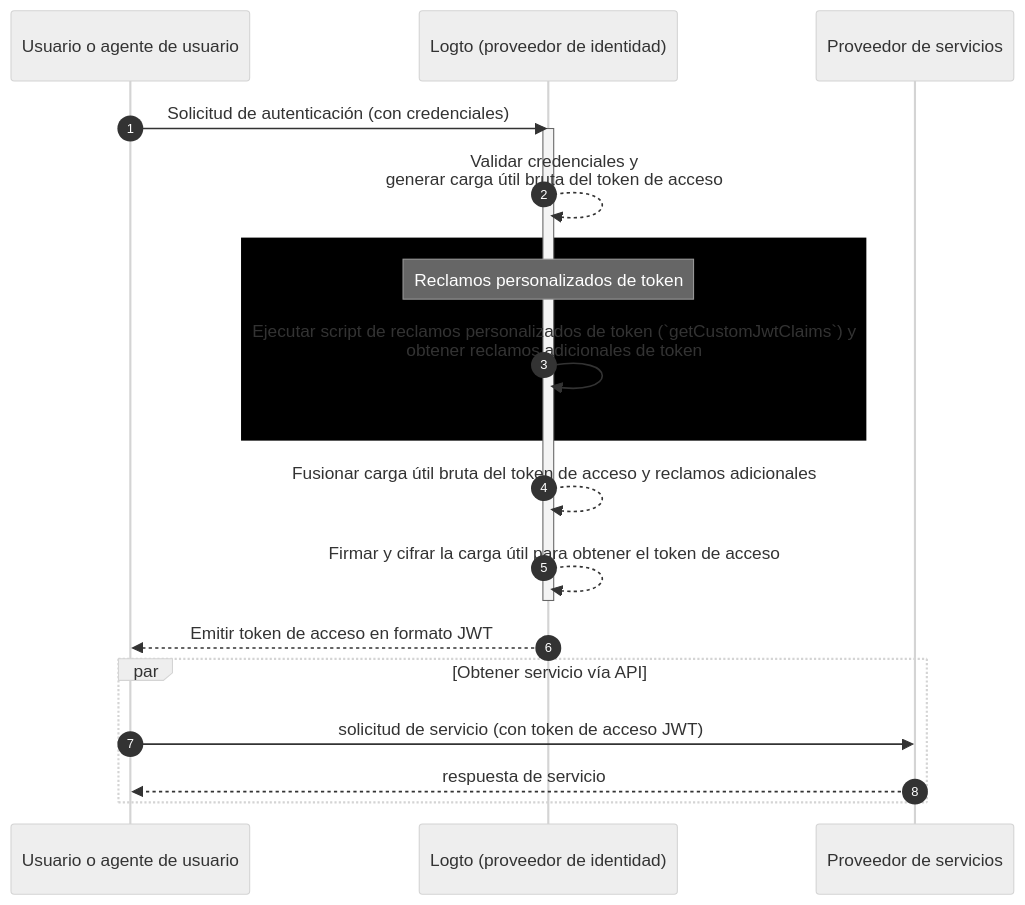
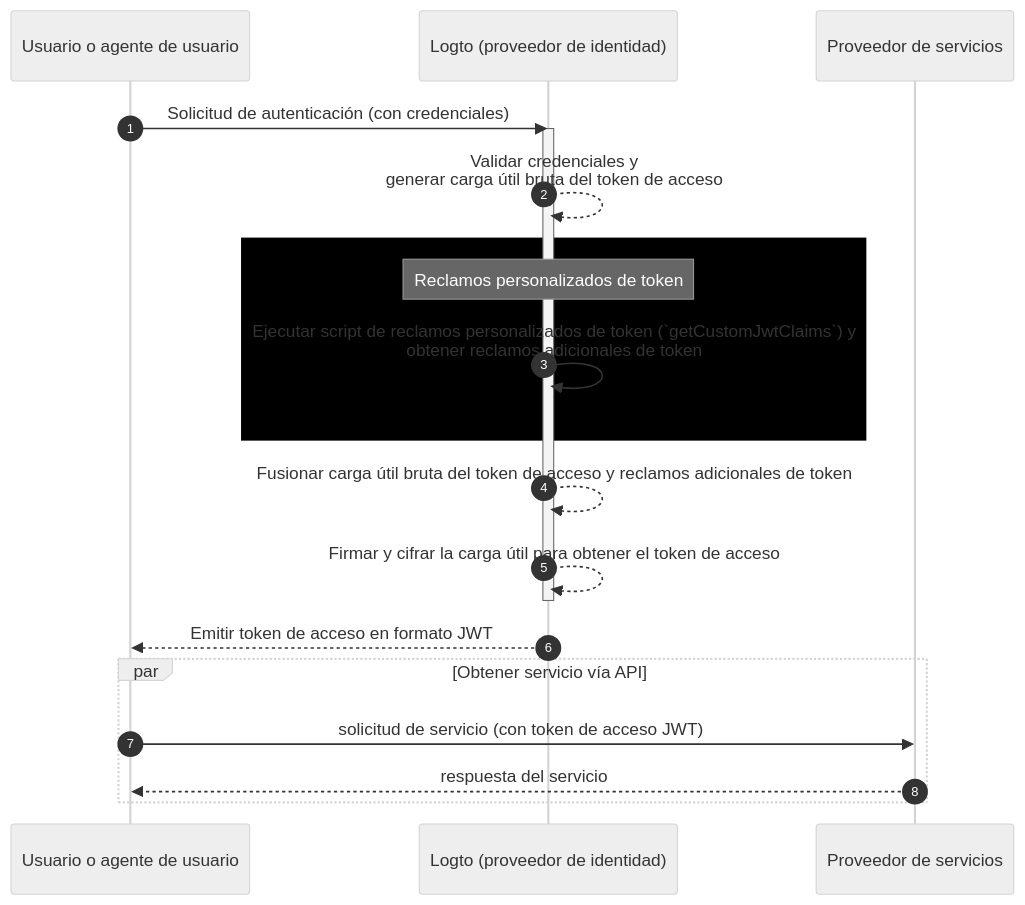
The diagram in i18n/es/docusaurus-plugin-content-docs/current/developers/custom-token-claims/README.mdx (logto-io/docs), drawn with Mermaid (neutral theme) before and after one commit. The commit also changed other lines of this file and 17 other files, not shown here.

````diff
--- a/i18n/es/docusaurus-plugin-content-docs/current/developers/custom-token-claims/README.mdx
+++ b/i18n/es/docusaurus-plugin-content-docs/current/developers/custom-token-claims/README.mdx
@@ -26,23 +26,23 @@
 ```mermaid
 sequenceDiagram
   participant U as Usuario o agente de usuario
   participant IdP as Logto (proveedor de identidad)
   participant SP as Proveedor de servicios
 
   autonumber
   U ->> IdP: Solicitud de autenticación (con credenciales)
   activate IdP
   IdP-->>IdP: Validar credenciales y<br/>generar carga útil bruta del token de acceso
   rect var(--mermaid-rect-fill)
   note over IdP: Reclamos personalizados de token
   IdP->>IdP: Ejecutar script de reclamos personalizados de token (`getCustomJwtClaims`) y<br/>obtener reclamos adicionales de token
   end
-  IdP-->>IdP: Fusionar carga útil bruta del token de acceso y reclamos adicionales
+  IdP-->>IdP: Fusionar carga útil bruta del token de acceso y reclamos adicionales de token
   IdP-->>IdP: Firmar y cifrar la carga útil para obtener el token de acceso
   deactivate IdP
   IdP-->>U: Emitir token de acceso en formato JWT
   par Obtener servicio vía API
   U->>SP: solicitud de servicio (con token de acceso JWT)
-  SP-->>U: respuesta de servicio
+  SP-->>U: respuesta del servicio
   end
 ```
````
